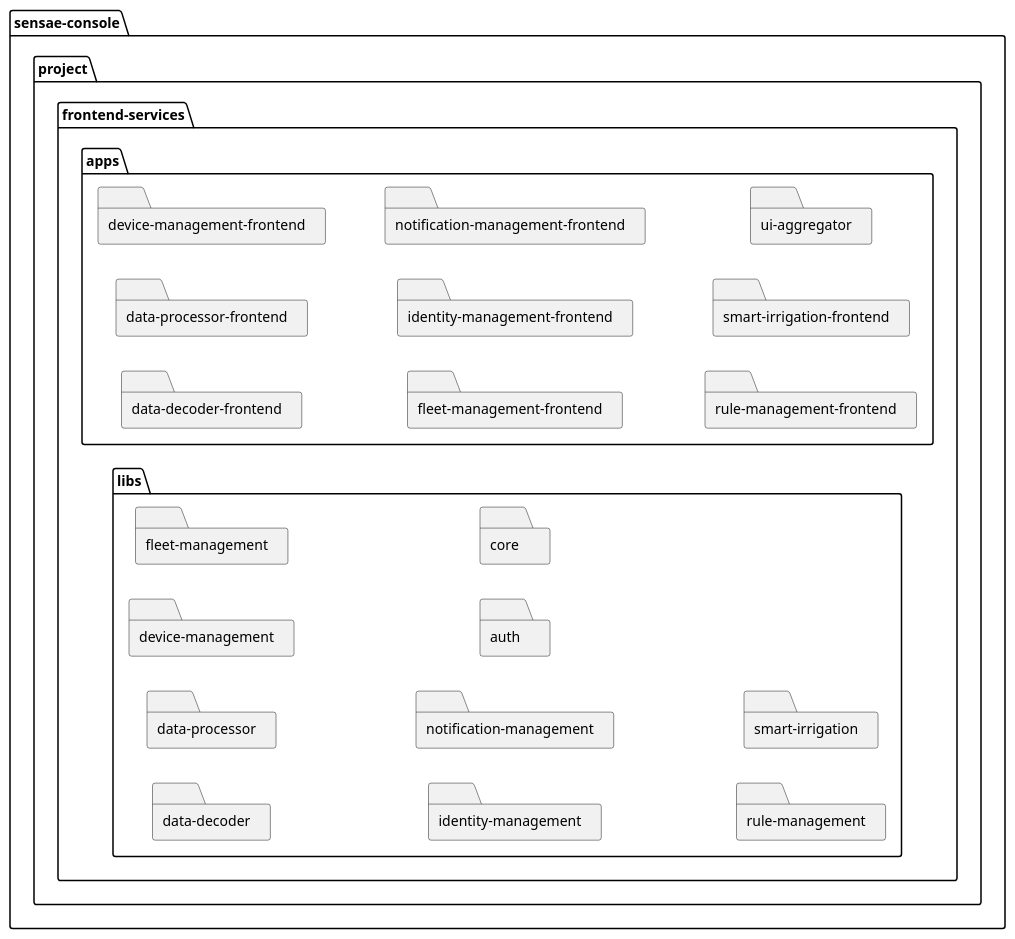
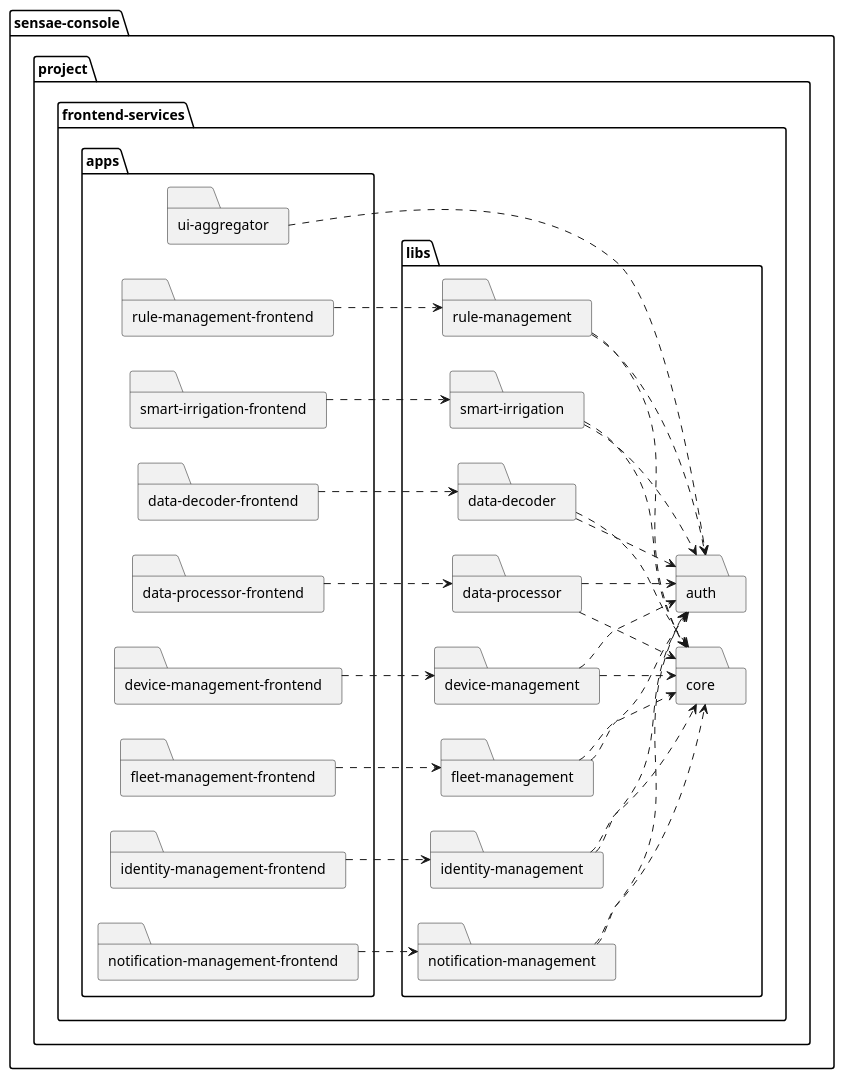
Before and after one commit to FilipeMCruz/dissertation: the diagram in assets/diagrams/design/architectural/level2/development/frontend.pu, drawn with PlantUML. The commit also changed 32 other files, not shown here.

```diff
--- a/assets/diagrams/design/architectural/level2/development/frontend.pu
+++ b/assets/diagrams/design/architectural/level2/development/frontend.pu
@@ -1,35 +1,64 @@
 @startuml frontend
 
 left to right direction
+
+skinparam groupInheritance 2
 
 folder "sensae-console" {
     folder "project" {
         folder "frontend-services" {
             folder "apps" as a {
-                folder "data-decoder-frontend"
-                folder "data-processor-frontend"
-                folder "device-management-frontend"
-                folder "fleet-management-frontend"
-                folder "identity-management-frontend"
-                folder "notification-management-frontend"
-                folder "rule-management-frontend"
-                folder "smart-irrigation-frontend"
-                folder "ui-aggregator"
+                folder "data-decoder-frontend" as a1
+                folder "data-processor-frontend" as a2
+                folder "device-management-frontend" as a3
+                folder "fleet-management-frontend" as a4
+                folder "identity-management-frontend" as a5
+                folder "notification-management-frontend" as a6
+                folder "rule-management-frontend" as a7
+                folder "smart-irrigation-frontend" as a8
+                folder "ui-aggregator" as a9
             }
-            folder "libs" as b {
-                folder "data-decoder"
-                folder "data-processor"
-                folder "device-management"
-                folder "fleet-management"
-                folder "identity-management"
-                folder "notification-management"
-                folder "auth"
-                folder "core"
-                folder "rule-management"
-                folder "smart-irrigation"
-            }            
+            folder "libs" as b{
+                folder "data-decoder" as b1
+                folder "data-processor" as b2
+                folder "device-management" as b3
+                folder "fleet-management" as b4
+                folder "identity-management" as b5
+                folder "notification-management" as b6
+                folder "rule-management" as b9
+                folder "smart-irrigation" as b10
+                folder "auth" as b7
+                folder "core" as b8
+            }   
+            a1 ..> b1
+            a2 ..> b2
+            a3 ..> b3
+            a4 ..> b4
+            a5 ..> b5
+            a6 ..> b6
+            a7 ..> b9
+            a8 ..> b10
+
+            a9 ..> b7
+
+            b1 ..> b7
+            b1 ..> b8
+            b2 ..> b7
+            b2 ..> b8
+            b3 ..> b7
+            b3 ..> b8
+            b4 ..> b7
+            b4 ..> b8
+            b5 ..> b7
+            b5 ..> b8
+            b6 ..> b7
+            b6 ..> b8
+            b9 ..> b7
+            b9 ..> b8
+            b10 ..> b7
+            b10 ..> b8
         }
     }
 }
 
 @enduml
```
